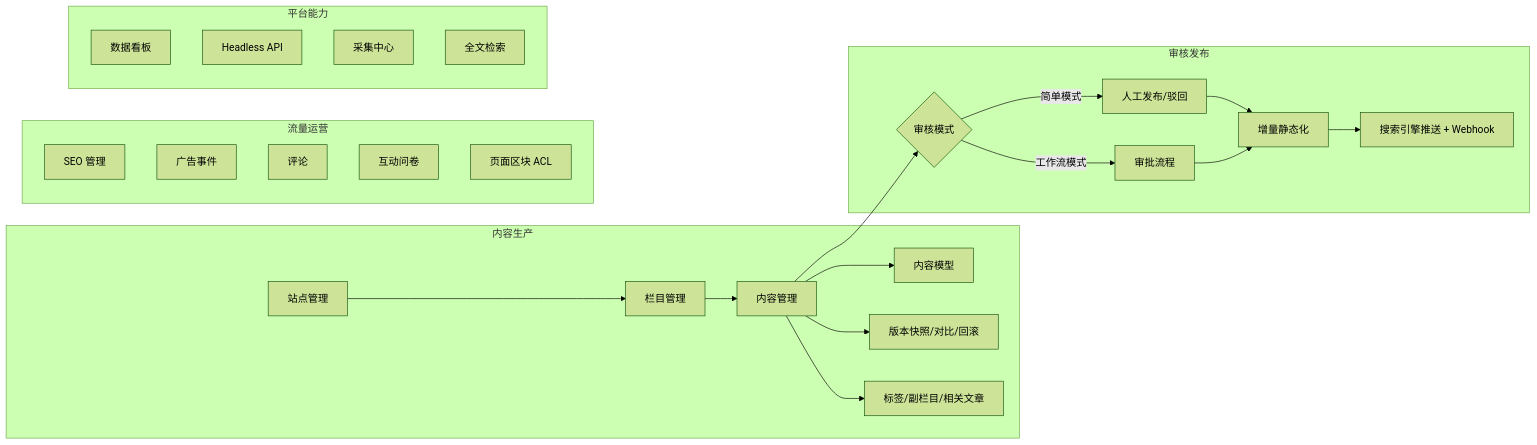
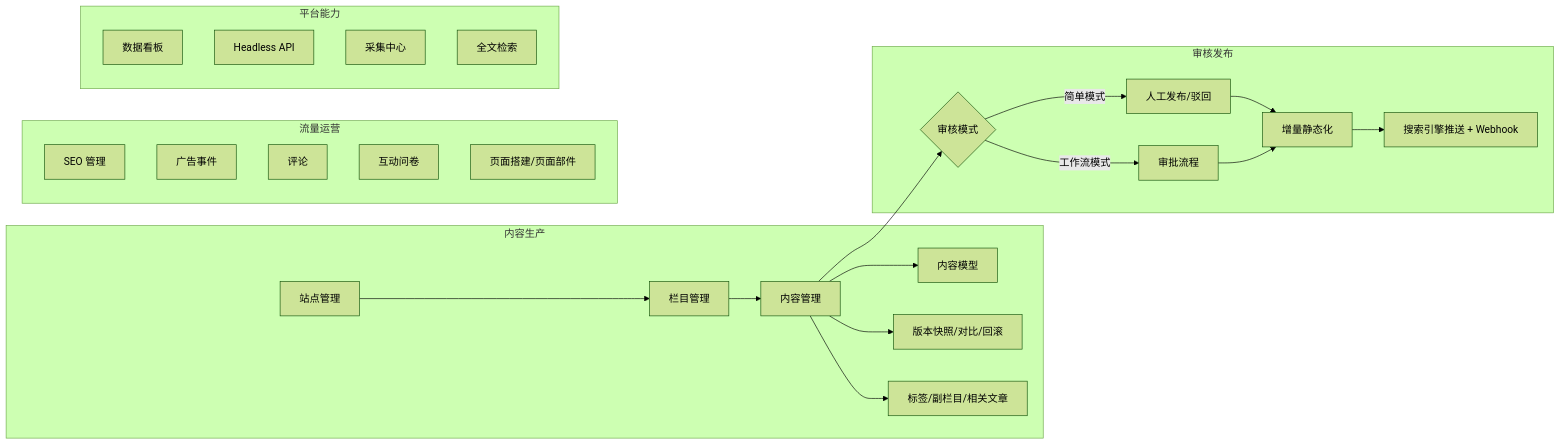
Before and after one commit to WuZhangTing/zenith-admin: the diagram in docs/cms/index.md, drawn with Mermaid (forest theme). The commit also changed other lines of this file and 119 other files, not shown here.

````diff
--- a/docs/cms/index.md
+++ b/docs/cms/index.md
@@ -7,23 +7,23 @@
 ```mermaid
 graph LR
     subgraph 内容生产
         A[站点管理] --> B[栏目管理]
         B --> C[内容管理]
         C --> C1[内容模型]
         C --> C2[版本快照/对比/回滚]
         C --> C3[标签/副栏目/相关文章]
     end
     subgraph 审核发布
         C --> D{审核模式}
         D -->|简单模式| D1[人工发布/驳回]
         D -->|工作流模式| D2[审批流程]
         D1 & D2 --> E[增量静态化]
         E --> F[搜索引擎推送 + Webhook]
     end
     subgraph 流量运营
-        G[SEO 管理] & H[广告事件] & I[评论] & J[互动问卷] & K[页面区块 ACL]
+        G[SEO 管理] & H[广告事件] & I[评论] & J[互动问卷] & K[页面搭建/页面部件]
     end
     subgraph 平台能力
         L[数据看板] & M[Headless API] & N[采集中心] & O[全文检索]
     end
 ```
````
